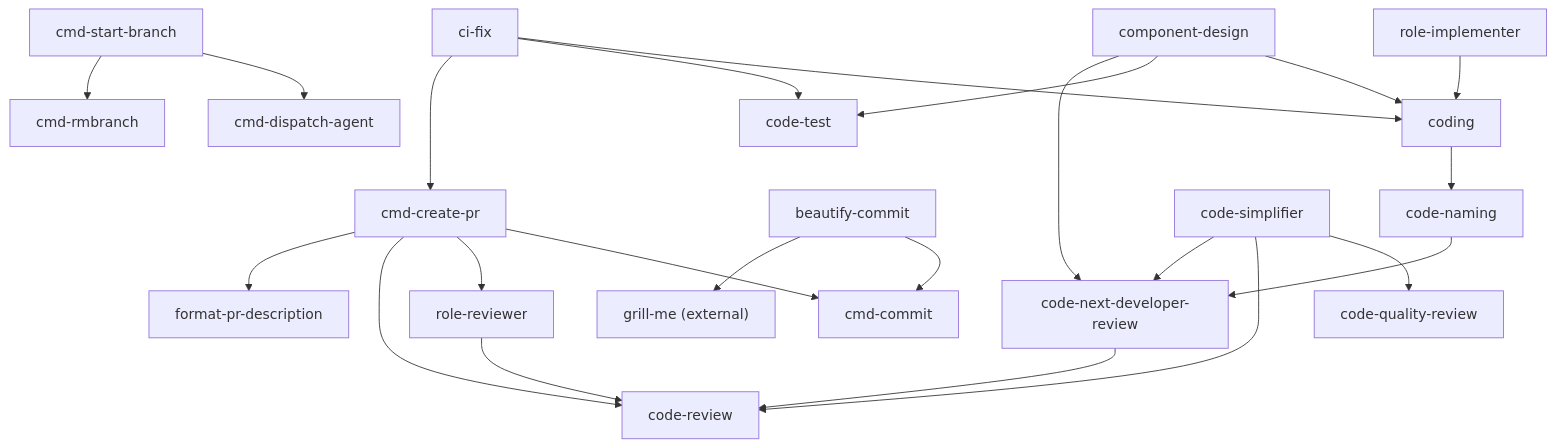
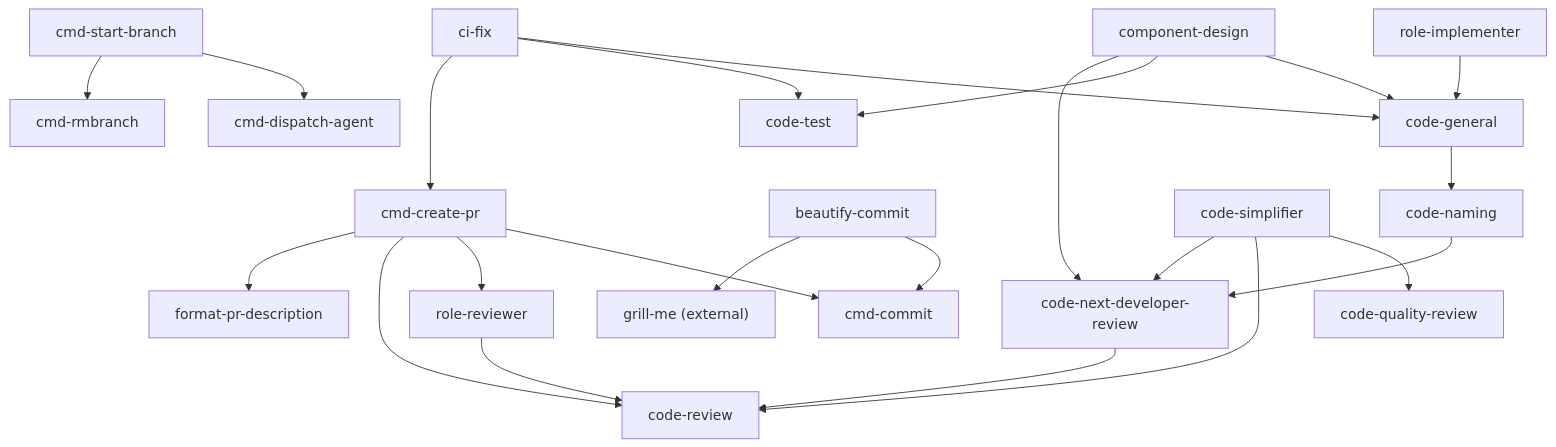
The diagram in docs/skill-dependency-map.md (version-1/agents-docs), drawn with Mermaid before and after one commit. The commit also changed other lines of this file and 9 other files, not shown here.

First line of the commit message:
feat: rename coding skill to code-general

````diff
--- a/docs/skill-dependency-map.md
+++ b/docs/skill-dependency-map.md
@@ -108,34 +108,34 @@
 ```mermaid
 graph TD
     cmd_create_pr["cmd-create-pr"] --> cmd_commit["cmd-commit"]
     cmd_create_pr --> role_reviewer["role-reviewer"]
     cmd_create_pr --> code_review["code-review"]
     cmd_create_pr --> format_pr_description["format-pr-description"]
 
     cmd_start_branch["cmd-start-branch"] --> cmd_dispatch_agent["cmd-dispatch-agent"]
     cmd_start_branch --> cmd_rmbranch["cmd-rmbranch"]
 
     beautify_commit["beautify-commit"] --> cmd_commit
     beautify_commit --> grill_me["grill-me (external)"]
 
-    ci_fix["ci-fix"] --> coding
+    ci_fix["ci-fix"] --> code_general
     ci_fix --> code_test["code-test"]
     ci_fix --> cmd_create_pr
 
     role_reviewer --> code_review
-    role_implementer["role-implementer"] --> coding["coding"]
+    role_implementer["role-implementer"] --> code_general["code-general"]
 
-    coding --> code_naming["code-naming"]
+    code_general --> code_naming["code-naming"]
 
-    component_design["component-design"] --> coding
+    component_design["component-design"] --> code_general
     component_design --> code_test
     component_design --> code_next_dev["code-next-developer-review"]
 
     code_naming --> code_next_dev
 
     code_next_dev --> code_review
 
     code_simplifier["code-simplifier"] --> code_quality["code-quality-review"]
     code_simplifier --> code_review
     code_simplifier --> code_next_dev
 ```
````
